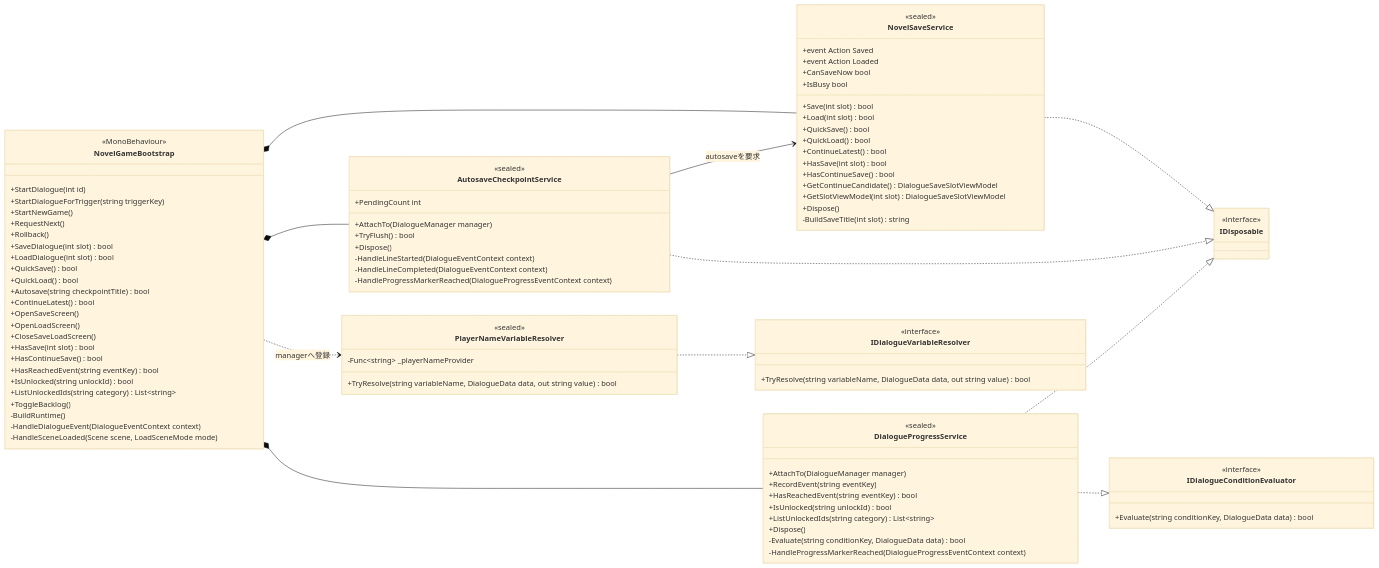
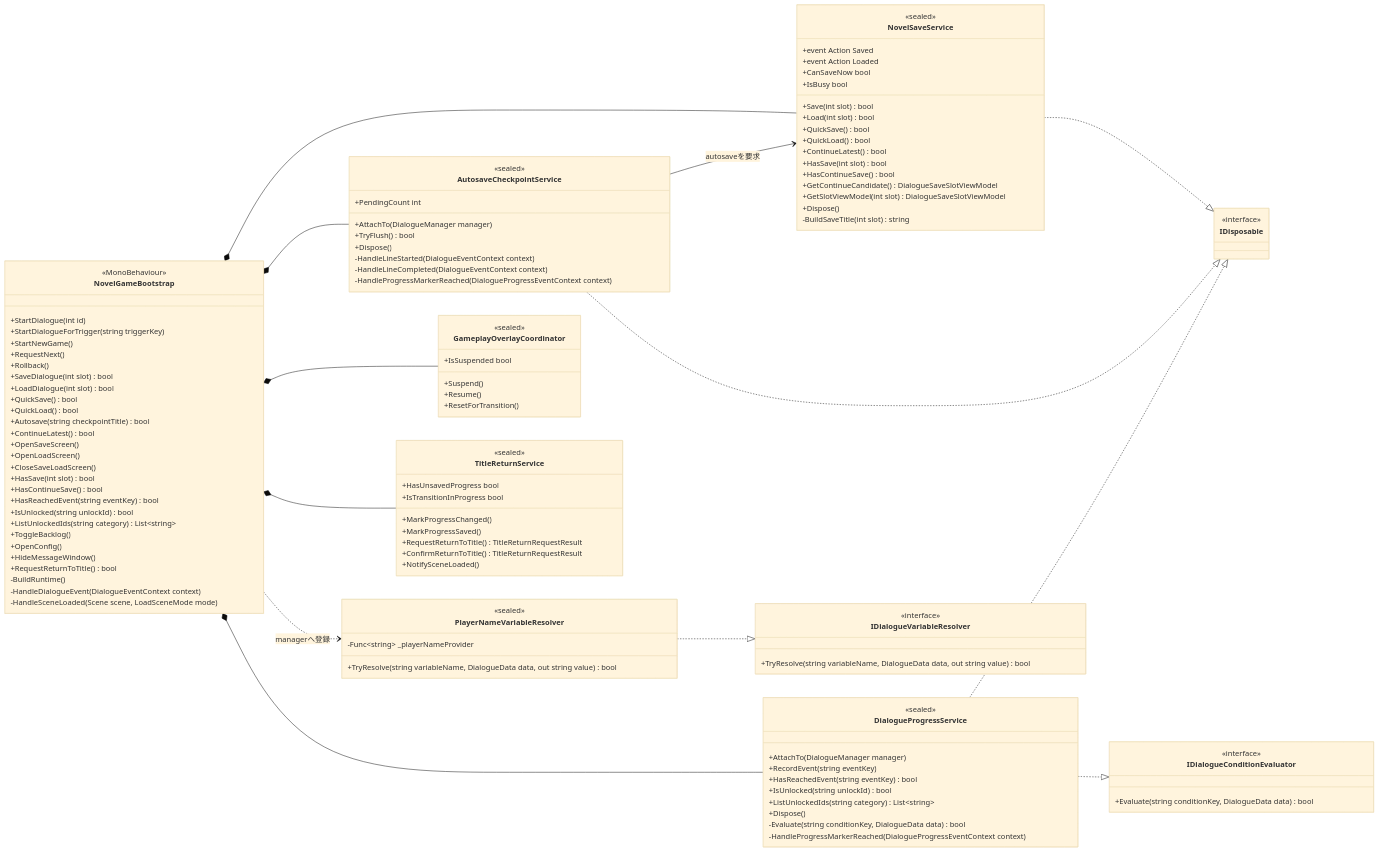
The third of 5 diagrams in docs/architecture/class-diagram.ja.md (kkmia417/WhiteRoom), drawn with Mermaid (base theme) before and after one commit. The commit also changed other lines of this file and 17 other files, not shown here.

```diff
--- a/docs/architecture/class-diagram.ja.md
+++ b/docs/architecture/class-diagram.ja.md
@@ -157,6 +170,9 @@
         +IsUnlocked(string unlockId) bool
         +ListUnlockedIds(string category) List~string~
         +ToggleBacklog()
+        +OpenConfig()
+        +HideMessageWindow()
+        +RequestReturnToTitle() bool
         -BuildRuntime()
         -HandleDialogueEvent(DialogueEventContext context)
         -HandleSceneLoaded(Scene scene, LoadSceneMode mode)
@@ -210,6 +226,25 @@
         +TryResolve(string variableName, DialogueData data, out string value) bool
     }
 
+    class GameplayOverlayCoordinator {
+        <<sealed>>
+        +IsSuspended bool
+        +Suspend()
+        +Resume()
+        +ResetForTransition()
+    }
+
+    class TitleReturnService {
+        <<sealed>>
+        +HasUnsavedProgress bool
+        +IsTransitionInProgress bool
+        +MarkProgressChanged()
+        +MarkProgressSaved()
+        +RequestReturnToTitle() TitleReturnRequestResult
+        +ConfirmReturnToTitle() TitleReturnRequestResult
+        +NotifySceneLoaded()
+    }
+
     class IDialogueConditionEvaluator {
         <<interface>>
         +Evaluate(string conditionKey, DialogueData data) bool
@@ -225,6 +260,8 @@
     NovelGameBootstrap *-- NovelSaveService
     NovelGameBootstrap *-- AutosaveCheckpointService
     NovelGameBootstrap *-- DialogueProgressService
+    NovelGameBootstrap *-- GameplayOverlayCoordinator
+    NovelGameBootstrap *-- TitleReturnService
     NovelGameBootstrap ..> PlayerNameVariableResolver : managerへ登録
     NovelSaveService ..|> IDisposable
     AutosaveCheckpointService ..|> IDisposable
```
